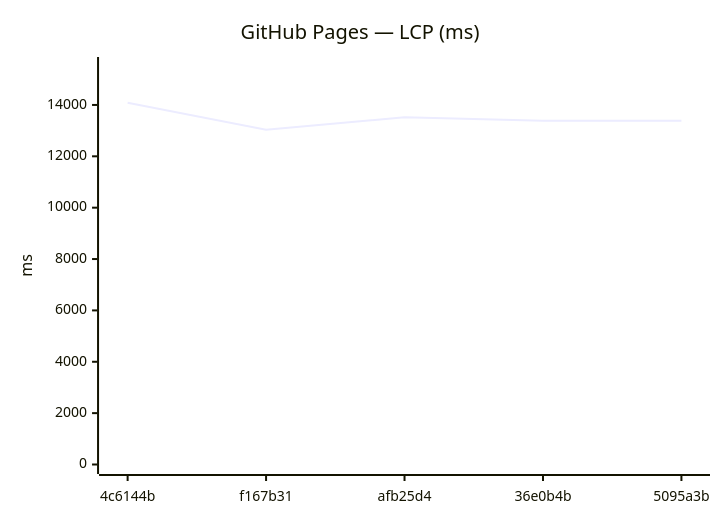
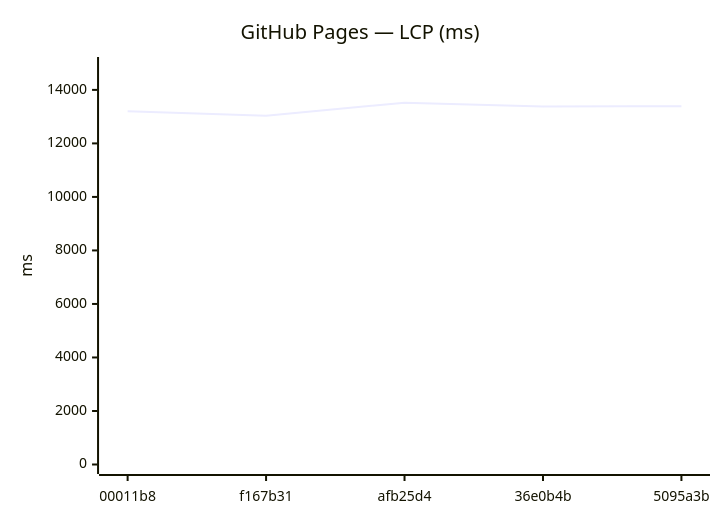
The ninth of 18 diagrams in benchmarks/compare.md (Metaheurist/Rianell), drawn with Mermaid before and after one commit. The commit also changed other lines of this file and 11 other files, not shown here.

````diff
--- a/benchmarks/compare.md
+++ b/benchmarks/compare.md
@@ -142,7 +142,7 @@
 ```mermaid
 xychart-beta
     title "GitHub Pages — LCP (ms)"
-    x-axis ["4c6144b", "f167b31", "afb25d4", "36e0b4b", "5095a3b"]
-    y-axis "ms" 0 --> 15497
-    line [14088, 13032, 13521, 13383, 13388]
+    x-axis ["00011b8", "f167b31", "afb25d4", "36e0b4b", "5095a3b"]
+    y-axis "ms" 0 --> 14874
+    line [13203, 13032, 13521, 13383, 13388]
 ```
````
